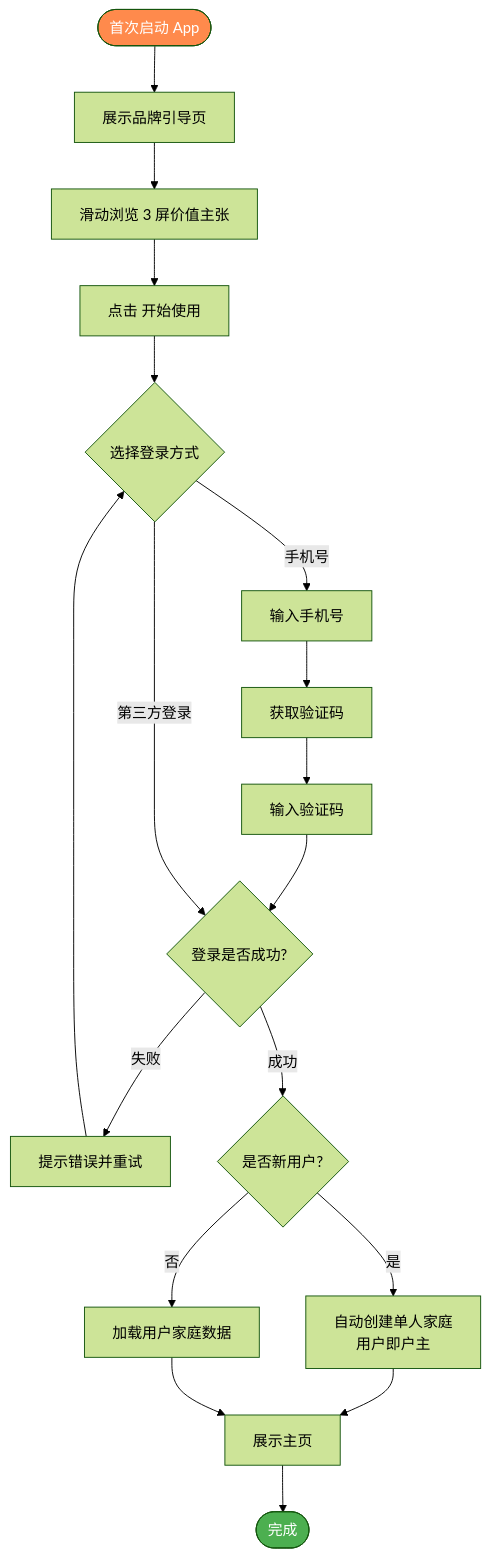
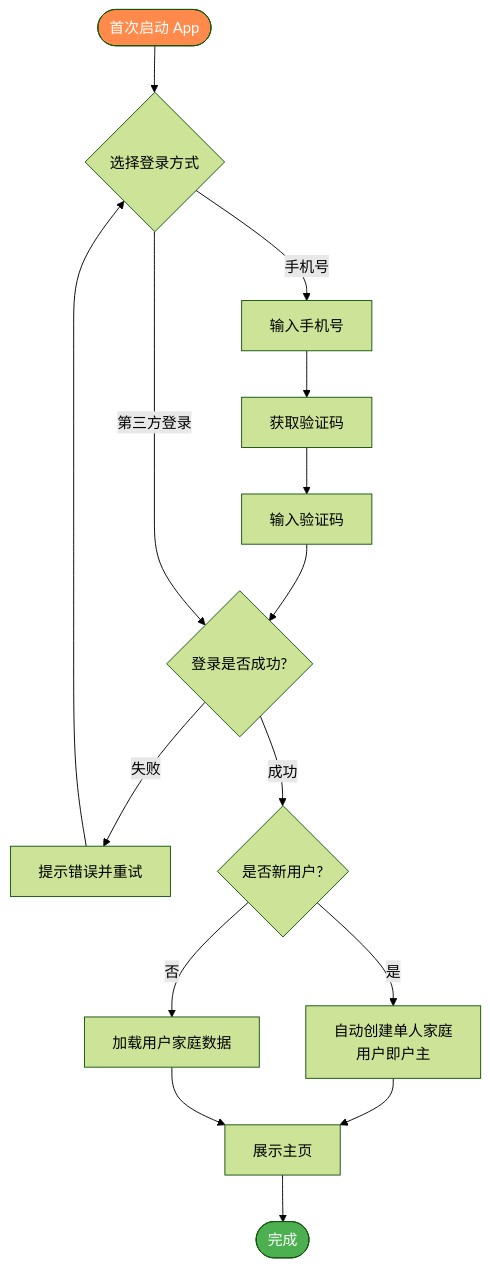
One commit to raochen0000/HomeBook changed the first of 16 diagrams in docs/PRD.md. Above: the diagram before and after it, drawn with Mermaid (forest theme). The commit also changed other lines of this file and 2 other files, not shown here.

````diff
--- a/docs/PRD.md
+++ b/docs/PRD.md
@@ -100,30 +102,27 @@
 ```mermaid
 flowchart TD
-    A([首次启动 App]) --> B[展示品牌引导页]
-    B --> C[滑动浏览 3 屏价值主张]
-    C --> D[点击 开始使用]
-    D --> E{选择登录方式}
+    A([首次启动 App]) --> E{选择登录方式}
 
     E -- 手机号 --> F1[输入手机号]
     F1 --> F2[获取验证码]
     F2 --> F3[输入验证码]
     F3 --> G
 
     E -- 第三方登录 --> G
 
     G{登录是否成功?}
     G -- 失败 --> G1[提示错误并重试]
     G1 --> E
     G -- 成功 --> H{是否新用户?}
 
     H -- 是 --> I[自动创建单人家庭<br/>用户即户主]
     H -- 否 --> J[加载用户家庭数据]
 
     I --> K[展示主页]
     J --> K
 
     K --> L([完成])
 
     style A fill:#FF8A4C,color:#fff
     style L fill:#4CAF50,color:#fff
 ```
````
